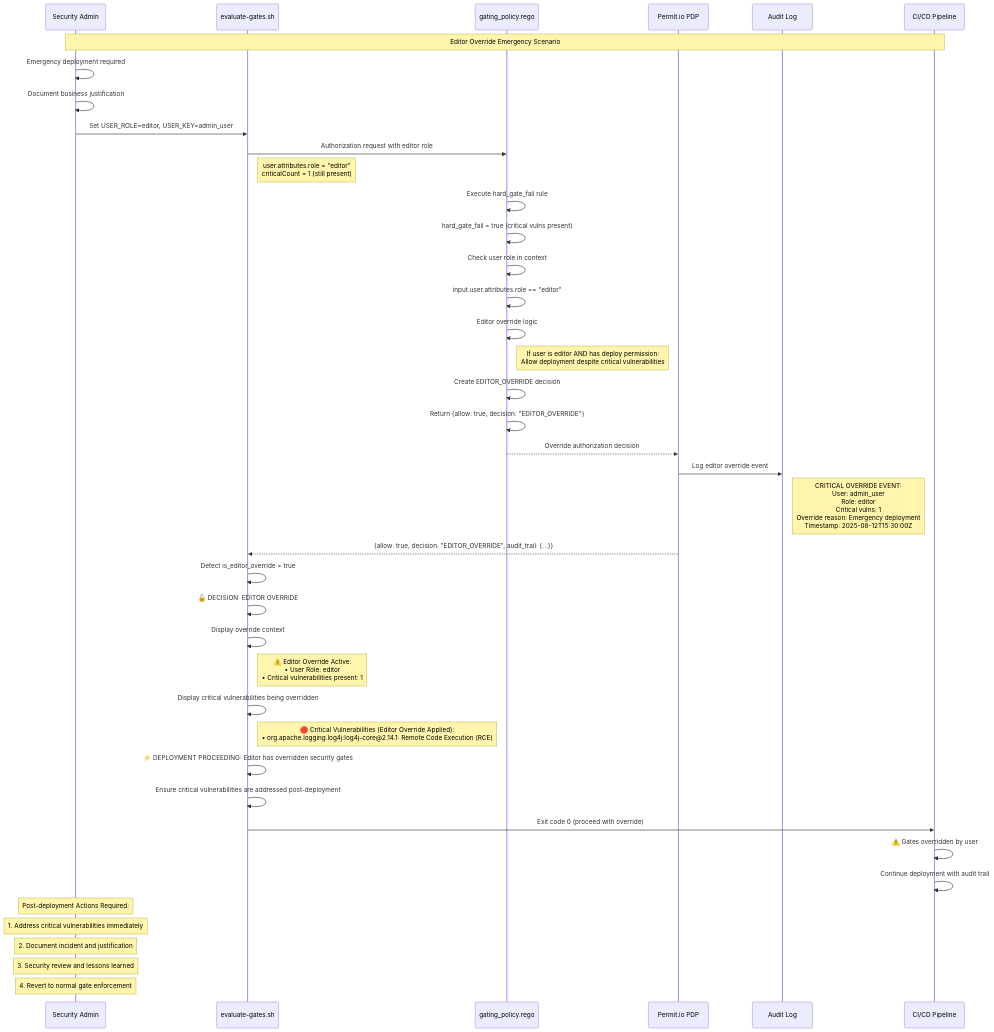
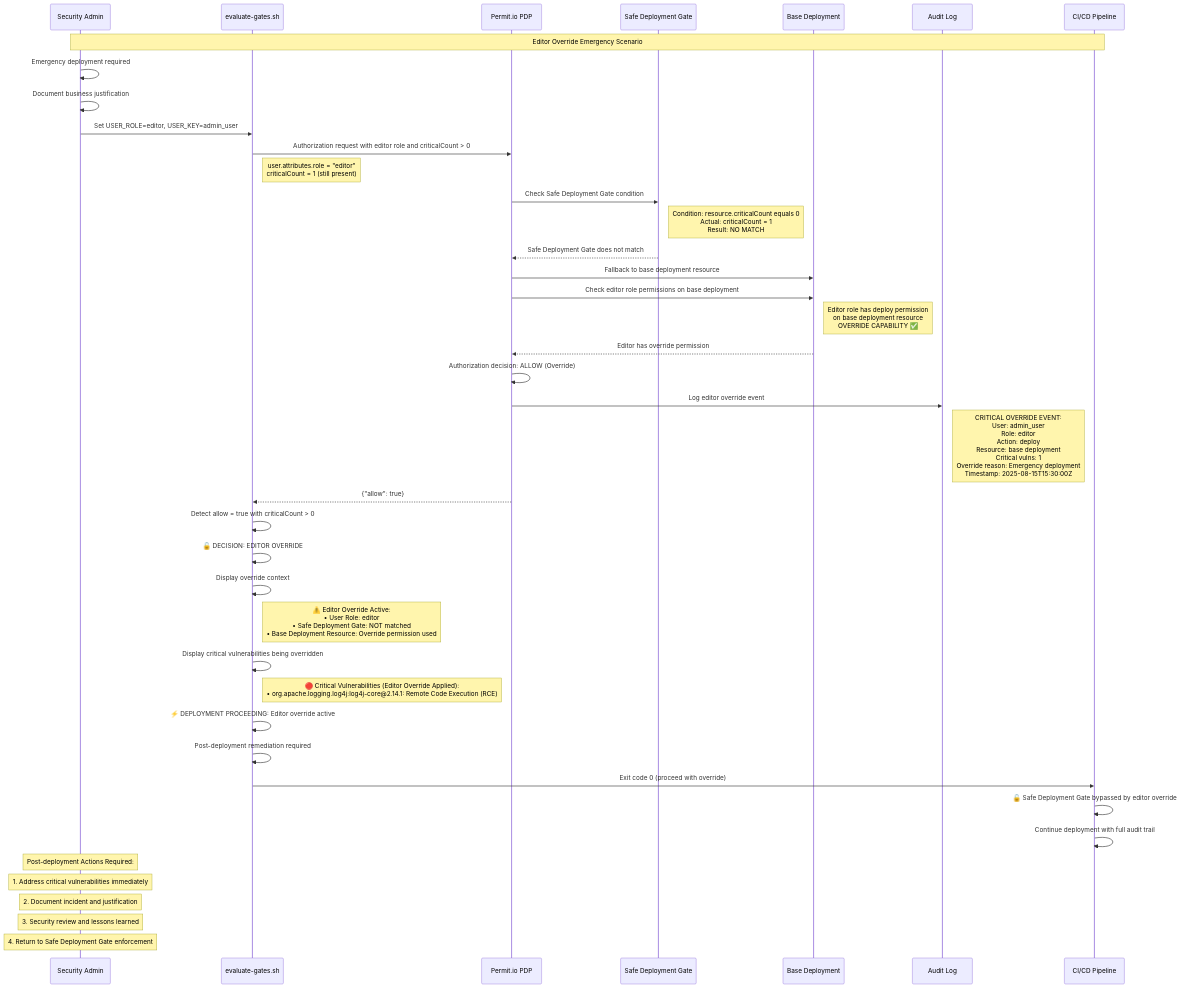
Before and after one commit to AndreaRamirez17/POC_bckup: the fourth of 7 diagrams in permit-gating/docs/diagrams/gate-decision-matrix.md, drawn with Mermaid. The commit also changed other lines of this file and 11 other files, not shown here.

First line of the commit message:
Implement Safe Deployment Gate with dynamic role assignment and optimized architecture

````diff
--- a/permit-gating/docs/diagrams/gate-decision-matrix.md
+++ b/permit-gating/docs/diagrams/gate-decision-matrix.md
@@ -132,57 +128,57 @@
 ```mermaid
 sequenceDiagram
     participant Admin as Security Admin
     participant Script as evaluate-gates.sh
-    participant Policy as gating_policy.rego
     participant PDP as Permit.io PDP
+    participant ResourceSet as Safe Deployment Gate
+    participant BaseResource as Base Deployment
     participant Audit as Audit Log
     participant Pipeline as CI/CD Pipeline
 
     Note over Admin, Pipeline: Editor Override Emergency Scenario
 
     Admin->>Admin: Emergency deployment required
     Admin->>Admin: Document business justification
     Admin->>Script: Set USER_ROLE=editor, USER_KEY=admin_user
 
-    Script->>Policy: Authorization request with editor role
+    Script->>PDP: Authorization request with editor role and criticalCount > 0
     Note right of Script: user.attributes.role = "editor"<br/>criticalCount = 1 (still present)
 
-    Policy->>Policy: Execute hard_gate_fail rule
-    Policy->>Policy: hard_gate_fail = true (critical vulns present)
+    PDP->>ResourceSet: Check Safe Deployment Gate condition
+    Note right of ResourceSet: Condition: resource.criticalCount equals 0<br/>Actual: criticalCount = 1<br/>Result: NO MATCH
 
-    Policy->>Policy: Check user role in context
-    Policy->>Policy: input.user.attributes.role == "editor"
+    ResourceSet-->>PDP: Safe Deployment Gate does not match
+    PDP->>BaseResource: Fallback to base deployment resource
+    
+    PDP->>BaseResource: Check editor role permissions on base deployment
+    Note right of BaseResource: Editor role has deploy permission<br/>on base deployment resource<br/>OVERRIDE CAPABILITY ✅
 
-    Policy->>Policy: Editor override logic
-    Note right of Policy: If user is editor AND has deploy permission:<br/>Allow deployment despite critical vulnerabilities
+    BaseResource-->>PDP: Editor has override permission
+    PDP->>PDP: Authorization decision: ALLOW (Override)
+    
+    PDP->>Audit: Log editor override event
+    Note right of Audit: CRITICAL OVERRIDE EVENT:<br/>User: admin_user<br/>Role: editor<br/>Action: deploy<br/>Resource: base deployment<br/>Critical vulns: 1<br/>Override reason: Emergency deployment<br/>Timestamp: 2025-08-15T15:30:00Z
 
-    Policy->>Policy: Create EDITOR_OVERRIDE decision
-    Policy->>Policy: Return {allow: true, decision: "EDITOR_OVERRIDE"}
+    PDP-->>Script: {"allow": true}
 
-    Policy-->>PDP: Override authorization decision
-    PDP->>Audit: Log editor override event
-    Note right of Audit: CRITICAL OVERRIDE EVENT:<br/>User: admin_user<br/>Role: editor<br/>Critical vulns: 1<br/>Override reason: Emergency deployment<br/>Timestamp: 2025-08-12T15:30:00Z
-
-    PDP-->>Script: {allow: true, decision: "EDITOR_OVERRIDE", audit_trail: {...}}
-
-    Script->>Script: Detect is_editor_override = true
+    Script->>Script: Detect allow = true with criticalCount > 0
     Script->>Script: 🔓 DECISION: EDITOR OVERRIDE
     Script->>Script: Display override context
-    Note right of Script: ⚠️ Editor Override Active:<br/>  • User Role: editor<br/>  • Critical vulnerabilities present: 1
+    Note right of Script: ⚠️ Editor Override Active:<br/>  • User Role: editor<br/>  • Safe Deployment Gate: NOT matched<br/>  • Base Deployment Resource: Override permission used
 
     Script->>Script: Display critical vulnerabilities being overridden
     Note right of Script: 🔴 Critical Vulnerabilities (Editor Override Applied):<br/>  • org.apache.logging.log4j:log4j-core@2.14.1: Remote Code Execution (RCE)
 
-    Script->>Script: ⚡ DEPLOYMENT PROCEEDING: Editor has overridden security gates
-    Script->>Script: Ensure critical vulnerabilities are addressed post-deployment
+    Script->>Script: ⚡ DEPLOYMENT PROCEEDING: Editor override active
+    Script->>Script: Post-deployment remediation required
 
     Script->>Pipeline: Exit code 0 (proceed with override)
-    Pipeline->>Pipeline: ⚠️ Gates overridden by user
-    Pipeline->>Pipeline: Continue deployment with audit trail
+    Pipeline->>Pipeline: 🔓 Safe Deployment Gate bypassed by editor override
+    Pipeline->>Pipeline: Continue deployment with full audit trail
 
     Note over Admin: Post-deployment Actions Required:
     Note over Admin: 1. Address critical vulnerabilities immediately
     Note over Admin: 2. Document incident and justification
     Note over Admin: 3. Security review and lessons learned
-    Note over Admin: 4. Revert to normal gate enforcement
+    Note over Admin: 4. Return to Safe Deployment Gate enforcement
 ```
````
